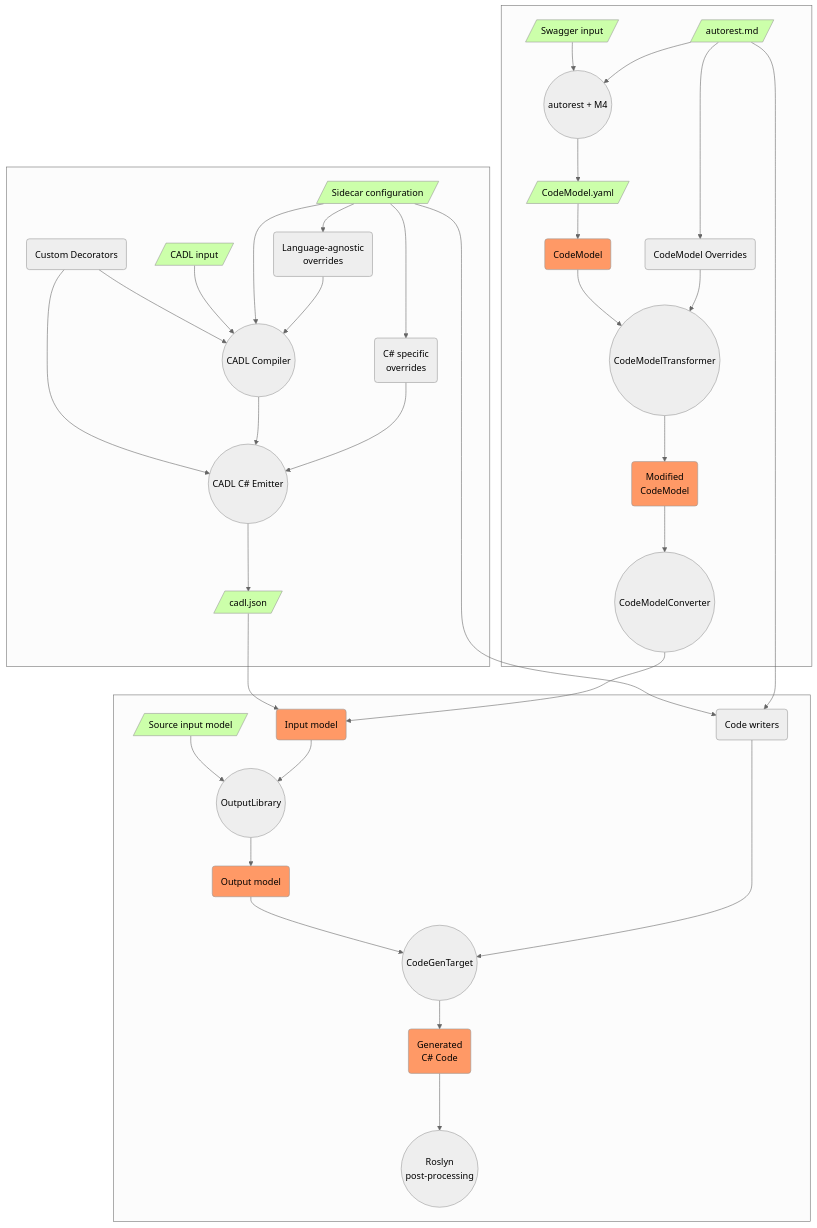
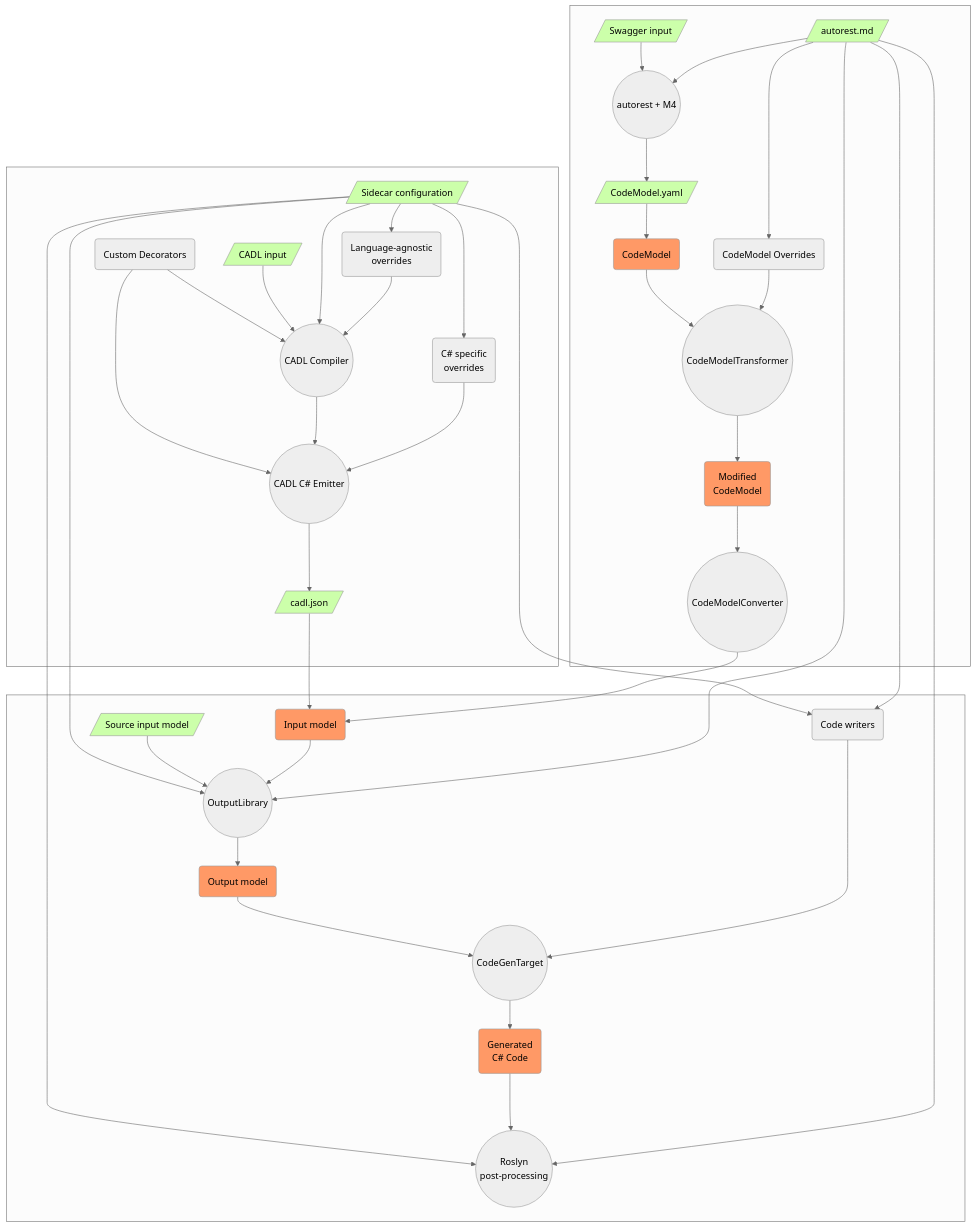
Before and after one commit to Azure/autorest.csharp: the diagram in docs/CADL.md, drawn with Mermaid (neutral theme).

````diff
--- a/docs/CADL.md
+++ b/docs/CADL.md
@@ -2,39 +2,39 @@
 ```mermaid
 flowchart TB
     subgraph G1 [ ]
       C02(Custom Decorators) --> C10 & C20
       C00[/CADL input/]:::input --> C10
       C01[/Sidecar configuration/]:::input --> C10 & C11 & C21
       C10((CADL Compiler)) --> C20
       C11(Language-agnostic\noverrides) --> C10
       C20((CADL C# Emitter)) --> C30
       C21(C# specific\noverrides) --> C20
     end
     C30[/cadl.json/]:::input --> C40
-    C01 --> C61
+    C01 --> C50 & C61 & C90
     subgraph G3 [ ]
       C41[/Source input model/]:::input --> C50
       C40(Input model):::data --> C50
       C50((OutputLibrary)) --> C60
       C60(Output model):::data --> C70
       C61(Code writers) --> C70
       C70((CodeGenTarget)) --> C80
       C80(Generated\nC# Code):::data ---> C90
       C90((Roslyn\npost-processing))
     end
     subgraph G2 [ ]
       S00[/Swagger input/]:::input --> S10
       S02[/autorest.md/]:::input --> S10
       S10((autorest + M4)) --> S30
       S40(CodeModel):::data --> S50
       S02 --> S41(CodeModel Overrides) -->  S50
       S50((CodeModelTransformer))--> S60
       S60(Modified\nCodeModel):::data --> S70
       S70((CodeModelConverter)) --> C40
     end
-    S02 --> C61
+    S02 --> C50 & C61 & C90
     S30[/CodeModel.yaml/]:::input --> S40
 
     classDef input fill:#cfa;
     classDef data fill:#f96;
 ```
````
